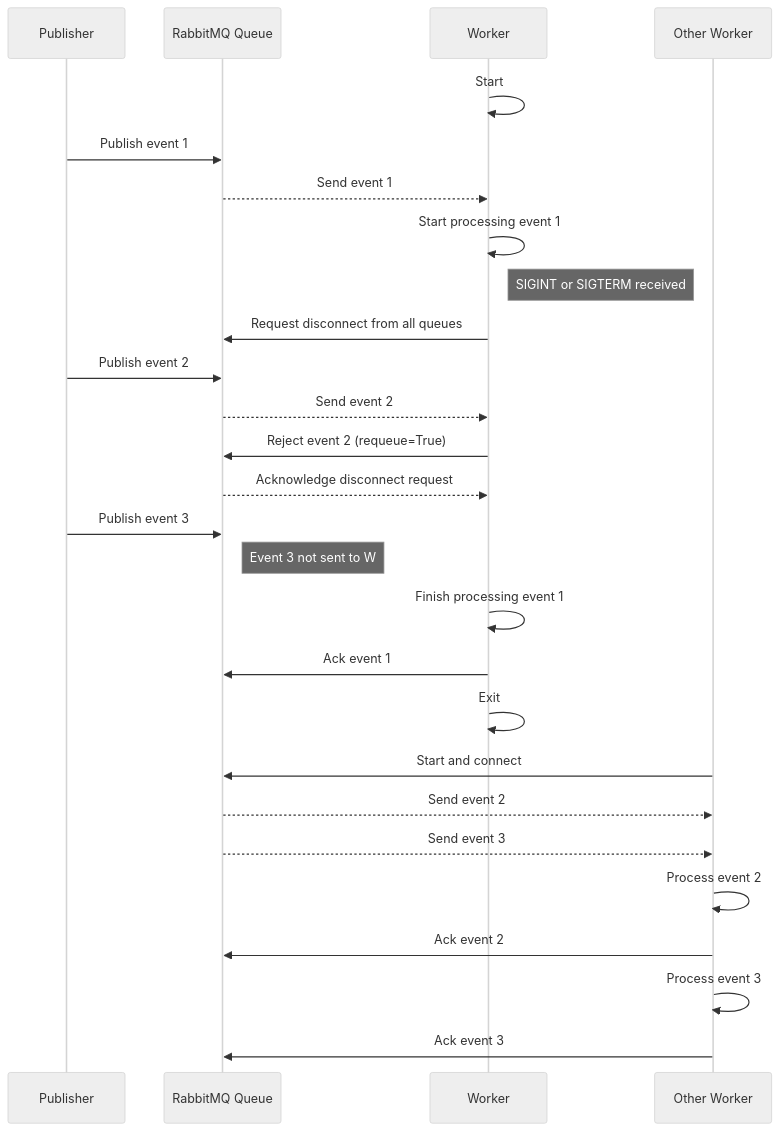
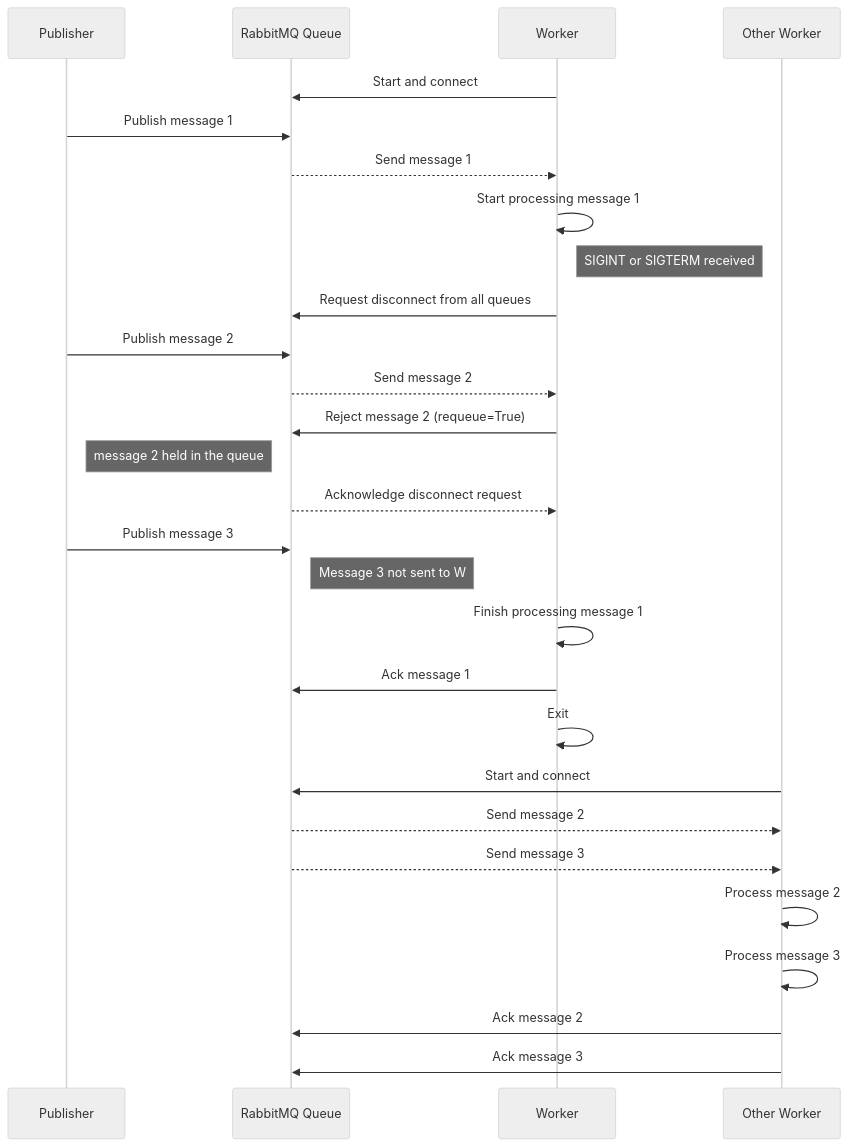
The second of 2 diagrams in README.md (kbairak/outbox), drawn with Mermaid (neutral theme) before and after one commit. The commit also changed other lines of this file and 2 other files, not shown here.

````diff
--- a/README.md
+++ b/README.md
@@ -250,36 +635,37 @@
 ```mermaid
 sequenceDiagram
     participant Pub as Publisher
     participant Q as RabbitMQ Queue
     participant W as Worker
     participant OW as Other Worker
 
-    W->>W: Start
-    Pub->>Q: Publish event 1
-    Q-->>W: Send event 1
-    W->>W: Start processing event 1
+    W->>Q: Start and connect
+    Pub->>Q: Publish message 1
+    Q-->>W: Send message 1
+    W->>W: Start processing message 1
 
     Note right of W: SIGINT or SIGTERM received
     W->>Q: Request disconnect from all queues
 
-    Pub->>Q: Publish event 2
-    Q-->>W: Send event 2
-    W->>Q: Reject event 2 (requeue=True)
+    Pub->>Q: Publish message 2
+    Q-->>W: Send message 2
+    W->>Q: Reject message 2 (requeue=True)
+    Note left of Q: message 2 held in the queue
 
     Q-->>W: Acknowledge disconnect request
 
-    Pub->>Q: Publish event 3
-    Note right of Q: Event 3 not sent to W
+    Pub->>Q: Publish message 3
+    Note right of Q: Message 3 not sent to W
 
-    W->>W: Finish processing event 1
-    W->>Q: Ack event 1
+    W->>W: Finish processing message 1
+    W->>Q: Ack message 1
     W->>W: Exit
 
     OW->>Q: Start and connect
-    Q-->>OW: Send event 2
-    Q-->>OW: Send event 3
-    OW->>OW: Process event 2
-    OW->>Q: Ack event 2
-    OW->>OW: Process event 3
-    OW->>Q: Ack event 3
+    Q-->>OW: Send message 2
+    Q-->>OW: Send message 3
+    OW->>OW: Process message 2
+    OW->>OW: Process message 3
+    OW->>Q: Ack message 2
+    OW->>Q: Ack message 3
 ```
````
